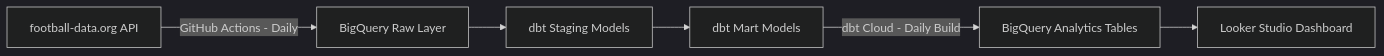
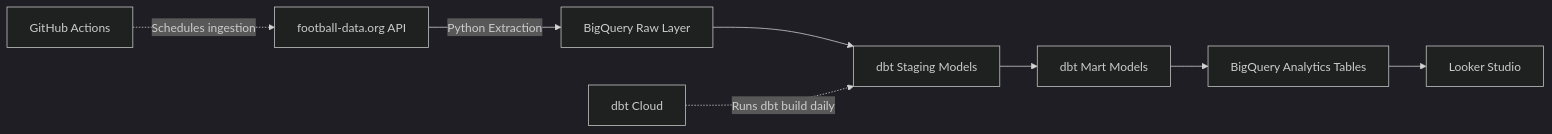
One commit to vickkycodes/epl-data-pipeline changed the diagram in README.md. Above: the diagram before and after it, drawn with Mermaid (dark theme). The commit also changed other lines of this file, not shown here.

````diff
--- a/README.md
+++ b/README.md
@@ -24,8 +29,11 @@
 ```mermaid
 graph LR
-    A[football-data.org API] -->|GitHub Actions - Daily| B[BigQuery Raw Layer]
+    A[football-data.org API] -->|Python Extraction| B[BigQuery Raw Layer]
     B --> C[dbt Staging Models]
     C --> D[dbt Mart Models]
-    D -->|dbt Cloud - Daily Build| E[BigQuery Analytics Tables]
-    E --> F[Looker Studio Dashboard]
+    D --> E[BigQuery Analytics Tables]
+    E --> F[Looker Studio]
+
+    G[GitHub Actions] -.->|Schedules ingestion| A
+    H[dbt Cloud] -.->|Runs dbt build daily| C
 ```
````
